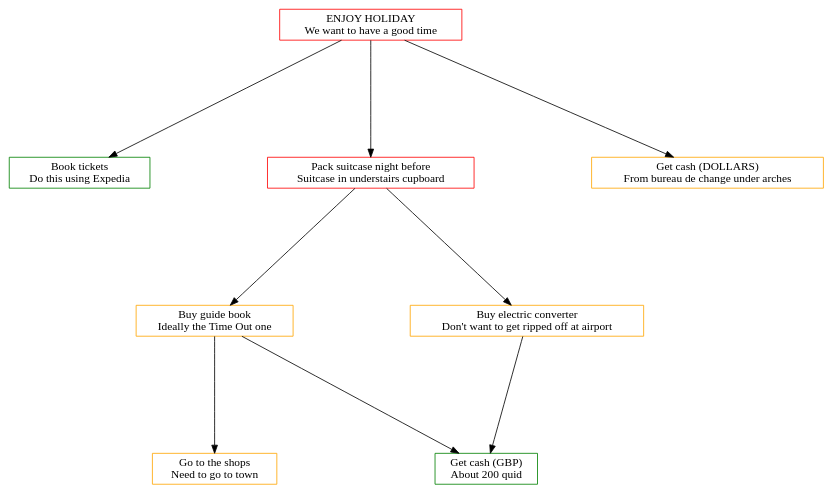
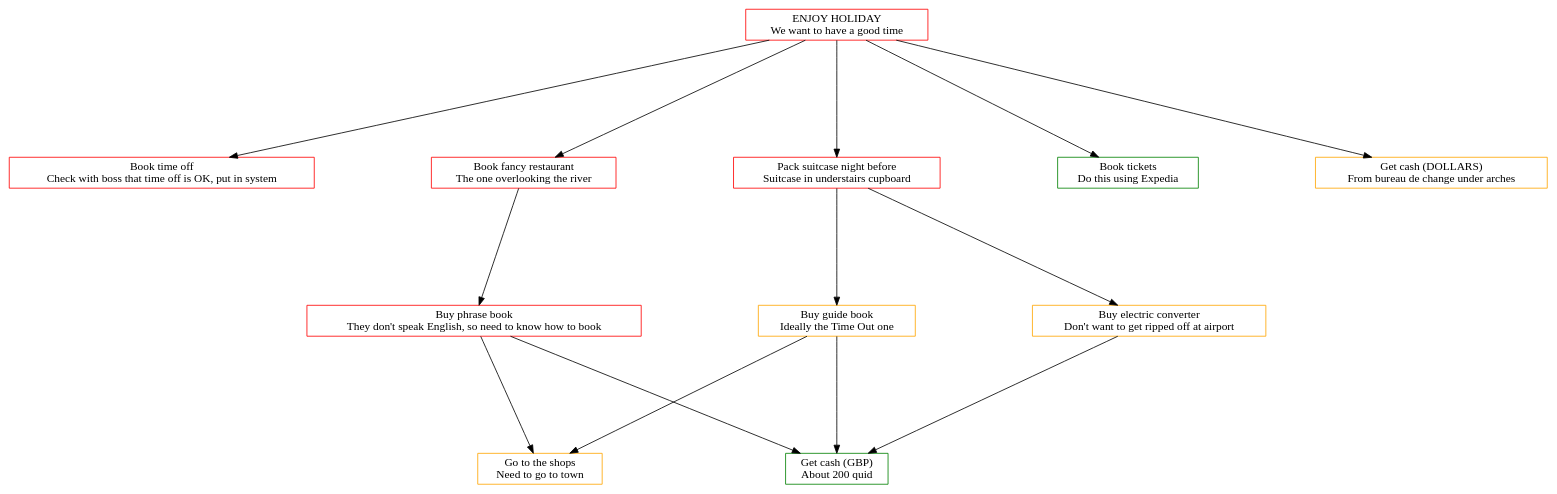
One commit to ianmiell/pm-as-code changed the diagram in 5.complex/complex.gv. Above: the diagram before and after it, drawn with Graphviz. The commit also changed 3 other files, not shown here.

```diff
--- a/5.complex/complex.gv
+++ b/5.complex/complex.gv
@@ -1,26 +1,34 @@
 digraph G {
   ranksep=2.0
   nodesep=2.0
   overlap="false"
   weight=0.5
 
   node [colour="black", shape="rectangle"]
 
   "EH" [label="ENJOY HOLIDAY\nWe want to have a good time",color="red"]
+  "BTOW" [label="Book time off\nCheck with boss that time off is OK, put in system",color="red"]
+  "BFR" [label="Book fancy restaurant\nThe one overlooking the river",color="red"]
+  "BPB" [label="Buy phrase book\nThey don't speak English, so need to know how to book",color="red"]
   "BT" [label="Book tickets\nDo this using Expedia",color="green"]
   "PSNB" [label="Pack suitcase night before\nSuitcase in understairs cupboard",color="red"]
   "BGB" [label="Buy guide book\nIdeally the Time Out one",color="orange"]
   "BEC" [label="Buy electric converter\nDon't want to get ripped off at airport",color="orange"]
   "GTS" [label="Go to the shops\nNeed to go to town",color="orange"]
   "GCG" [label="Get cash (GBP)\nAbout 200 quid",color="green"]
   "GCD" [label="Get cash (DOLLARS)\nFrom bureau de change under arches",color="orange"]
   
   "EH" -> "BT"
+  "EH" -> "BFR"
+  "EH" -> "BTOW"
+  "BFR" -> "BPB"
+  "BPB" -> "GTS"
+  "BPB" -> "GCG"
   "EH" -> "PSNB"
   "EH" -> "GCD"
   "PSNB" -> "BGB"
   "BGB" -> "GTS"
   "PSNB" -> "BEC"
   "BGB" -> "GCG"
   "BEC" -> "GCG"
 }
```
